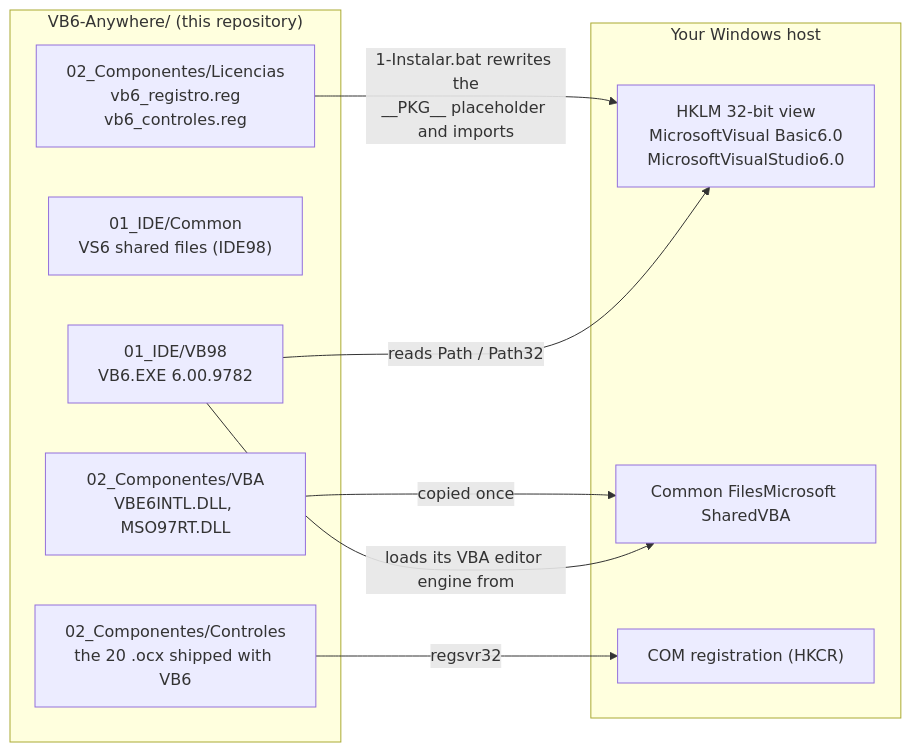
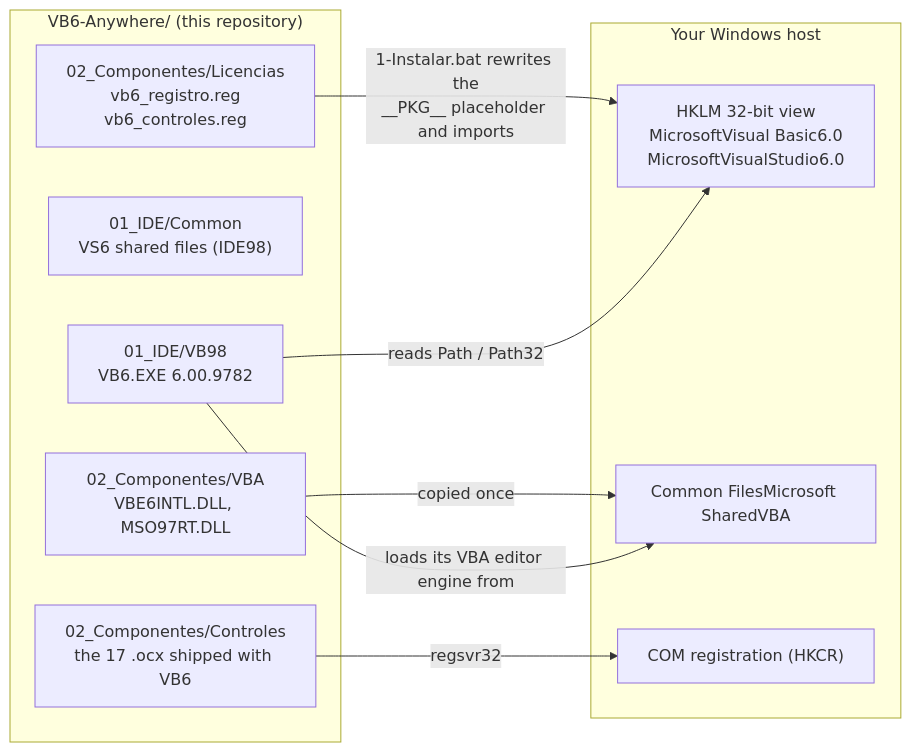
One commit to Samuelsgalva/vb6-anywhere changed the second of 5 diagrams in README.en.md. Above: the diagram before and after it, drawn with Mermaid. The commit also changed other lines of this file and 1 other file, not shown here.

Commit message:
Docs: el recuento real de controles es 17 .ocx + 3 .dll (no 19)

````diff
--- a/README.en.md
+++ b/README.en.md
@@ -106,22 +106,22 @@
 ```mermaid
 flowchart LR
     subgraph PKG["VB6-Anywhere/ (this repository)"]
         IDE["01_IDE/VB98<br/>VB6.EXE 6.00.9782"]
         SHARED["01_IDE/Common<br/>VS6 shared files (IDE98)"]
         VBA["02_Componentes/VBA<br/>VBE6INTL.DLL, MSO97RT.DLL"]
-        OCX["02_Componentes/Controles<br/>the 20 .ocx shipped with VB6"]
+        OCX["02_Componentes/Controles<br/>the 17 .ocx shipped with VB6"]
         REG["02_Componentes/Licencias<br/>vb6_registro.reg<br/>vb6_controles.reg"]
     end
 
     subgraph HOST["Your Windows host"]
         HKLM["HKLM 32-bit view<br/>MicrosoftVisual Basic6.0<br/>MicrosoftVisualStudio6.0"]
         CF["Common FilesMicrosoft SharedVBA"]
         COM["COM registration (HKCR)"]
     end
 
     REG -- "1-Instalar.bat rewrites the<br/>__PKG__ placeholder and imports" --> HKLM
     VBA -- "copied once" --> CF
     OCX -- "regsvr32" --> COM
     IDE -- "reads Path / Path32" --> HKLM
     IDE -- "loads its VBA editor engine from" --> CF
 ```
````
